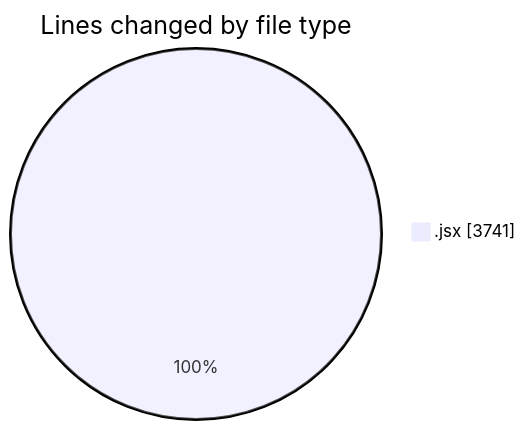
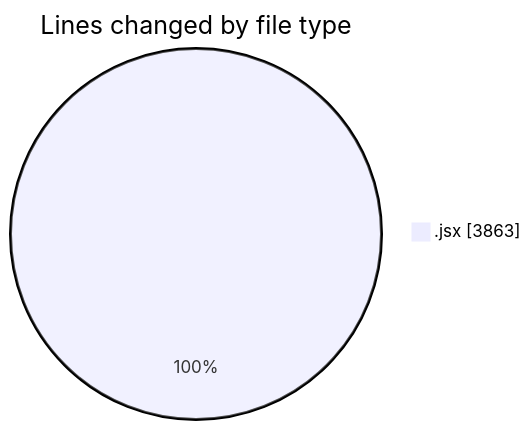
Before and after one commit to nxtqubesakshisongat/code-tracking: the first of 2 diagrams in 2025-05-12/argos-dev/README.md, drawn with Mermaid. The commit also changed other lines of this file and 1 other file, not shown here.

````diff
--- a/2025-05-12/argos-dev/README.md
+++ b/2025-05-12/argos-dev/README.md
@@ -26,5 +26,5 @@
 ```mermaid
 pie showData
 title Lines changed by file type
-".jsx" : 3741
+".jsx" : 3863
 ```
````
